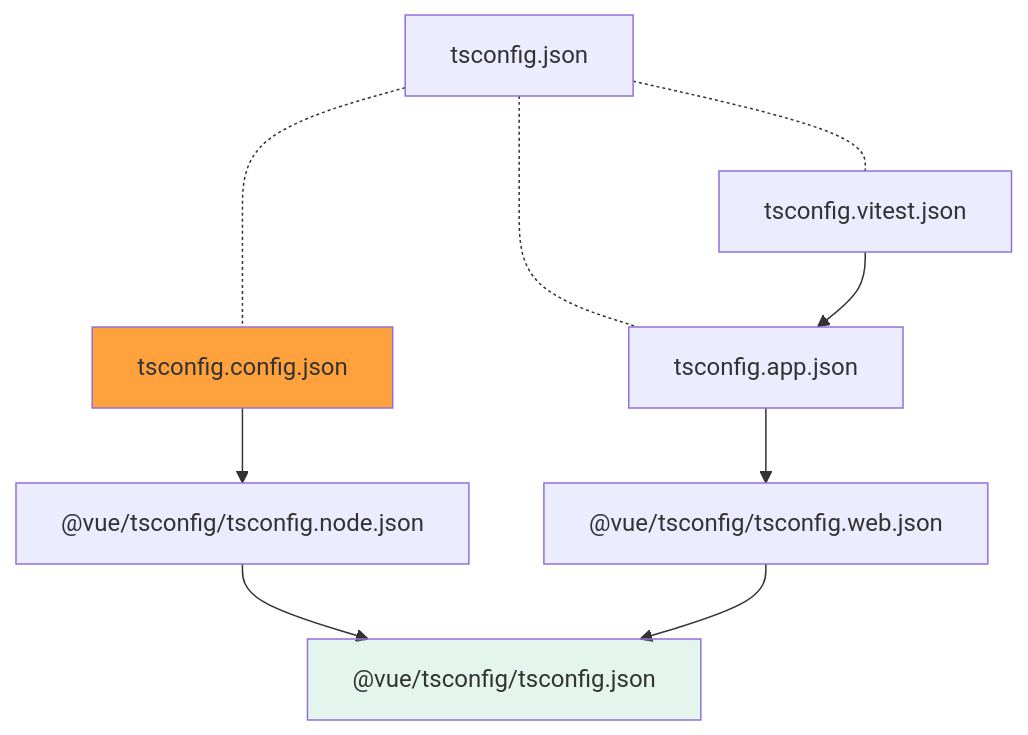
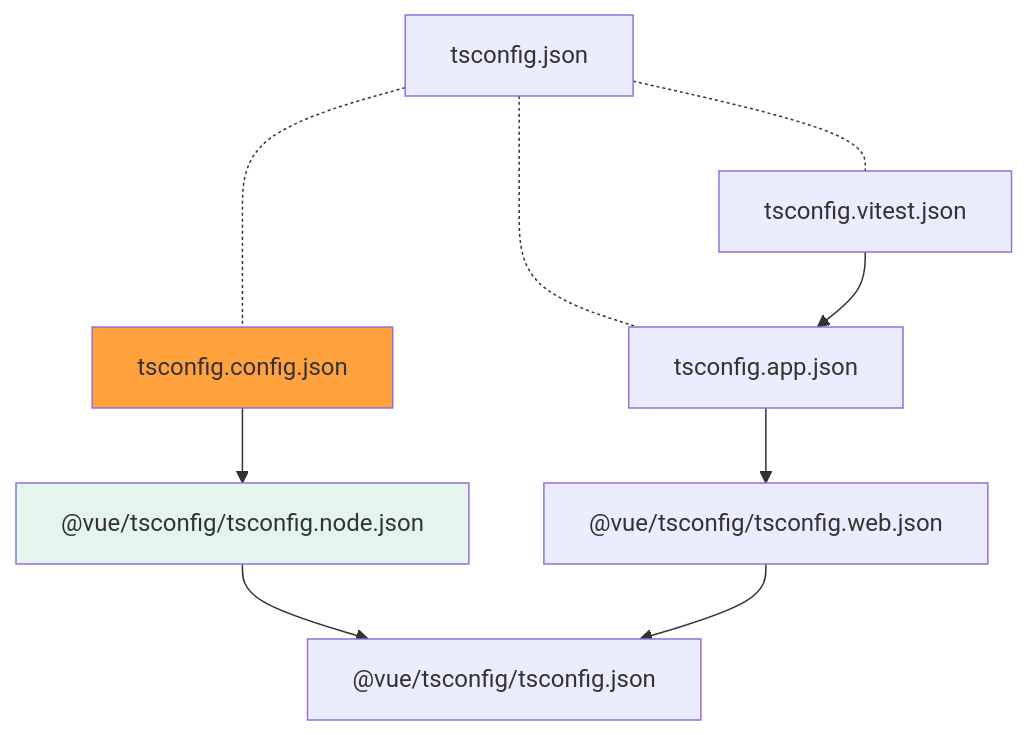
The third of 6 diagrams in articles/vue-3-ts-config.md (Sa2Knight/zenn), drawn with Mermaid before and after one commit. The commit also changed other lines of this file, not shown here.

Commit message:
create-vue で学ぶ tsconfig を最終調整

````diff
--- a/articles/vue-3-ts-config.md
+++ b/articles/vue-3-ts-config.md
@@ -210,24 +212,24 @@
 ```mermaid
 graph TD
     classDef focus fill:#ffa23e
     classDef sub fill:#7BCCAC,fill-opacity:0.2
 
     tsconfig[tsconfig.json]
     tsconfig.config[tsconfig.config.json]:::focus
     tsconfig.app[tsconfig.app.json]
     tsconfig.vitest[tsconfig.vitest.json]
-    vue/tsconfig/tsconfig["@vue/tsconfig/tsconfig.json"]:::sub
-    vue/tsconfig/tsconfig.node["@vue/tsconfig/tsconfig.node.json"]
+    vue/tsconfig/tsconfig["@vue/tsconfig/tsconfig.json"]
+    vue/tsconfig/tsconfig.node["@vue/tsconfig/tsconfig.node.json"]:::sub
     vue/tsconfig/tsconfig.web["@vue/tsconfig/tsconfig.web.json"]
 
     tsconfig -.- tsconfig.config
     tsconfig -.- tsconfig.app
     tsconfig -.- tsconfig.vitest
 
     tsconfig.config --> vue/tsconfig/tsconfig.node
     tsconfig.app --> vue/tsconfig/tsconfig.web
     tsconfig.vitest --> tsconfig.app
 
     vue/tsconfig/tsconfig.node --> vue/tsconfig/tsconfig
     vue/tsconfig/tsconfig.web --> vue/tsconfig/tsconfig
 ```
````
